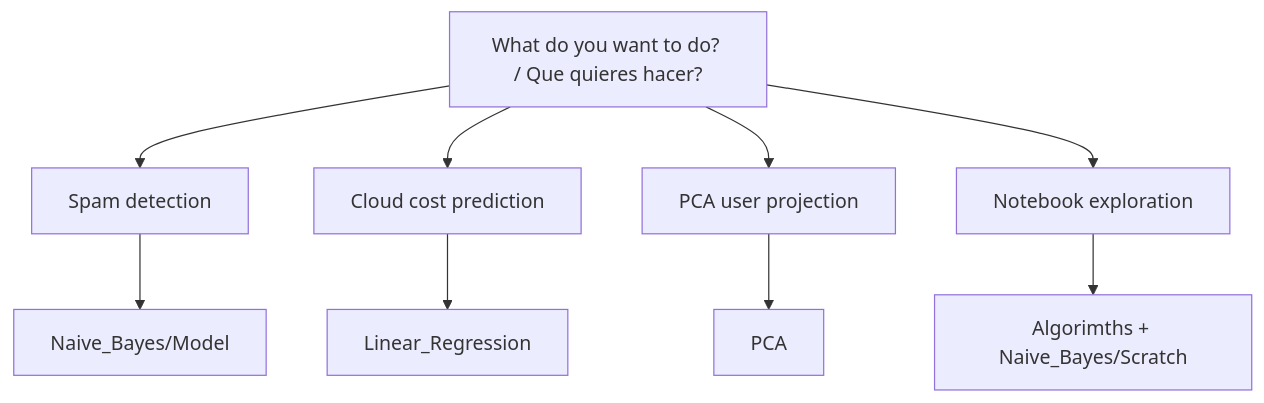
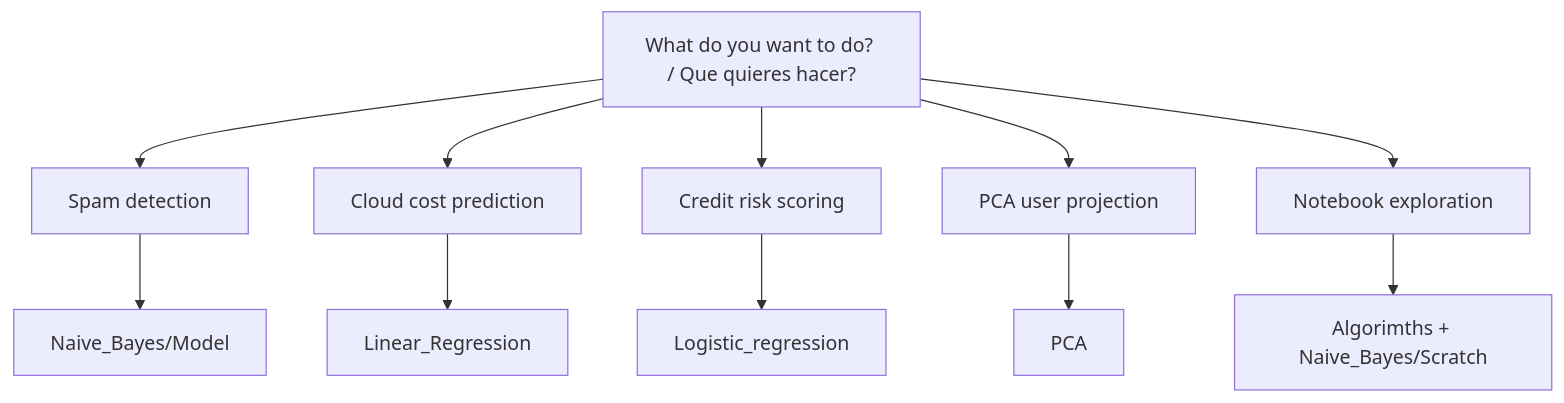
Before and after one commit to 0332241033-bit/Stadistics_Machine_Learning: the diagram in docs/WORKFLOWS.md, drawn with Mermaid. The commit also changed other lines of this file and 6 other files, not shown here.

````diff
--- a/docs/WORKFLOWS.md
+++ b/docs/WORKFLOWS.md
@@ -10,12 +10,14 @@
 ```mermaid
 flowchart TD
     A[What do you want to do? / Que quieres hacer?] --> B[Spam detection]
     A --> C[Cloud cost prediction]
+    A --> F[Credit risk scoring]
     A --> D[PCA user projection]
     A --> E[Notebook exploration]
 
     B --> B1[Naive_Bayes/Model]
     C --> C1[Linear_Regression]
+    F --> F1[Logistic_regression]
     D --> D1[PCA]
     E --> E1[Algorimths + Naive_Bayes/Scratch]
 ```
````
